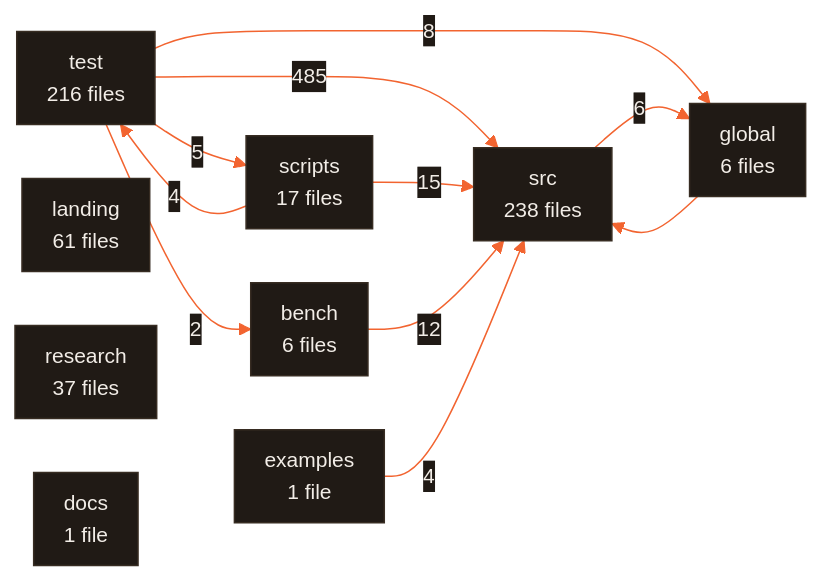
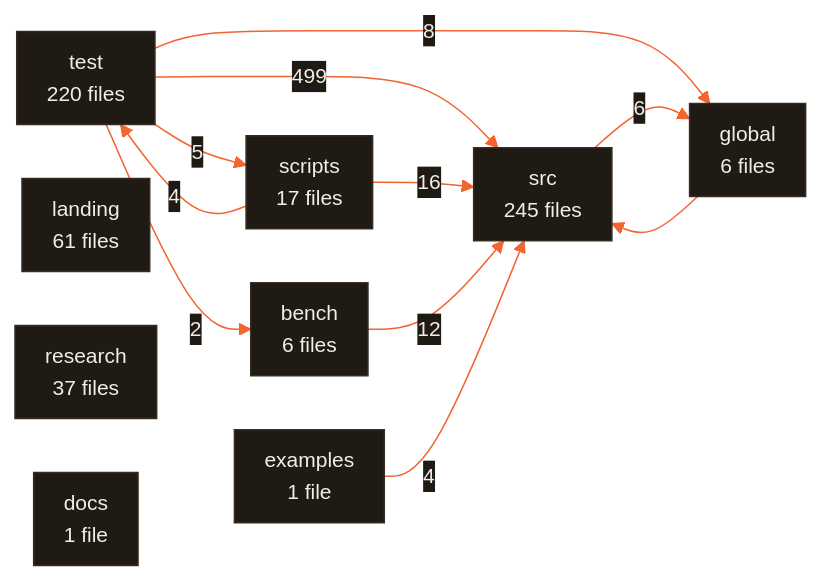
Before and after one commit to CodeWithJuber/forgekit: the diagram in ARCHITECTURE.md, drawn with Mermaid. The commit also changed 27 other files, not shown here.

````diff
--- a/ARCHITECTURE.md
+++ b/ARCHITECTURE.md
@@ -680,23 +680,23 @@
 ```mermaid
 %%{init: {'theme':'base','themeVariables':{'primaryColor':'#201a15','primaryTextColor':'#f2ede7','primaryBorderColor':'#372c22','lineColor':'#f26430','secondaryColor':'#272019','tertiaryColor':'#171310','edgeLabelBackground':'#201a15','clusterBkg':'#171310','clusterBorder':'#4a3b2e','fontFamily':'ui-sans-serif, system-ui, sans-serif','fontSize':'14px'},'flowchart':{'curve':'basis','padding':10,'nodeSpacing':36,'rankSpacing':44}}}%%
 flowchart LR
-  src["src<br/>238 files"]
-  test["test<br/>216 files"]
+  src["src<br/>245 files"]
+  test["test<br/>220 files"]
   landing["landing<br/>61 files"]
   research["research<br/>37 files"]
   scripts["scripts<br/>17 files"]
   bench["bench<br/>6 files"]
   global["global<br/>6 files"]
   docs["docs<br/>1 file"]
   examples["examples<br/>1 file"]
-  test -- 485 --> src
-  scripts -- 15 --> src
+  test -- 499 --> src
+  scripts -- 16 --> src
   bench -- 12 --> src
   test -- 8 --> global
   src -- 6 --> global
   test -- 5 --> scripts
   examples -- 4 --> src
   scripts -- 4 --> test
   test -- 2 --> bench
   global --> src
 ```
````
